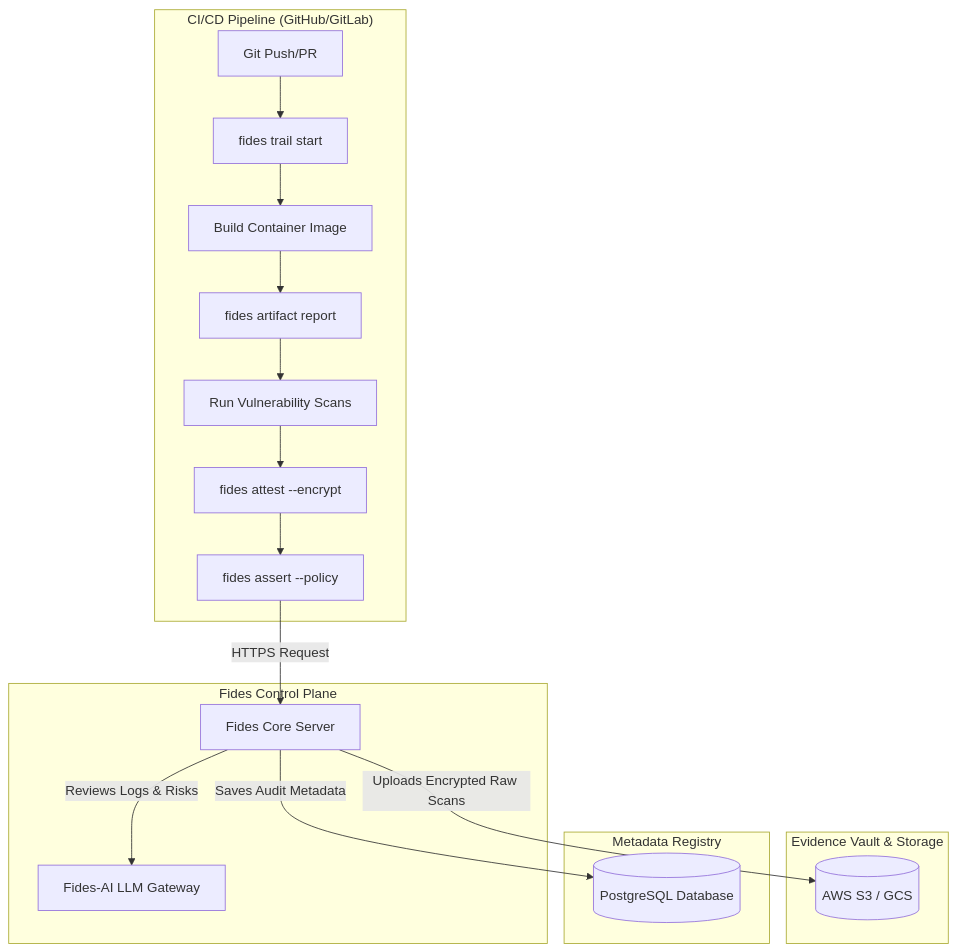
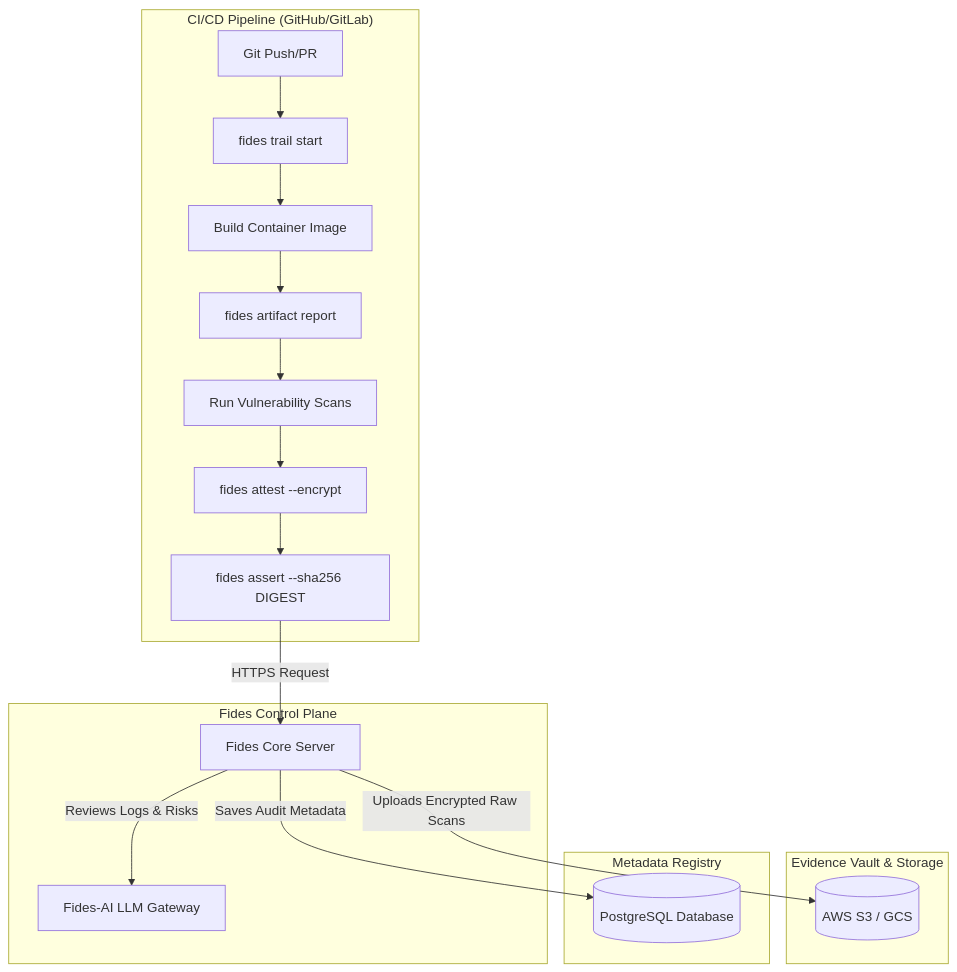
Before and after one commit to olafkfreund/fides: the second of 6 diagrams in index.md, drawn with Mermaid. The commit also changed 31 other files, not shown here.

```diff
--- a/index.md
+++ b/index.md
@@ -121,29 +121,29 @@
 <pre class="mermaid">
 graph TD
     subgraph CI ["CI/CD Pipeline (GitHub/GitLab)"]
         A[Git Push/PR] --> B[fides trail start]
         B --> C[Build Container Image]
         C --> D[fides artifact report]
         D --> E[Run Vulnerability Scans]
         E --> F[fides attest --encrypt]
-        F --> G[fides assert --policy]
+        F --> G[fides assert --sha256 DIGEST]
     end
 
     subgraph VAULT ["Evidence Vault & Storage"]
         H[(AWS S3 / GCS)]
     end
 
     subgraph DB ["Metadata Registry"]
         I[(PostgreSQL Database)]
     end
 
     subgraph CORE ["Fides Control Plane"]
         J[Fides Core Server]
         K[Fides-AI LLM Gateway]
     end
 
     G -->|HTTPS Request| J
     J -->|Saves Audit Metadata| I
     J -->|Uploads Encrypted Raw Scans| H
     J -->|Reviews Logs & Risks| K
 </pre>
```
